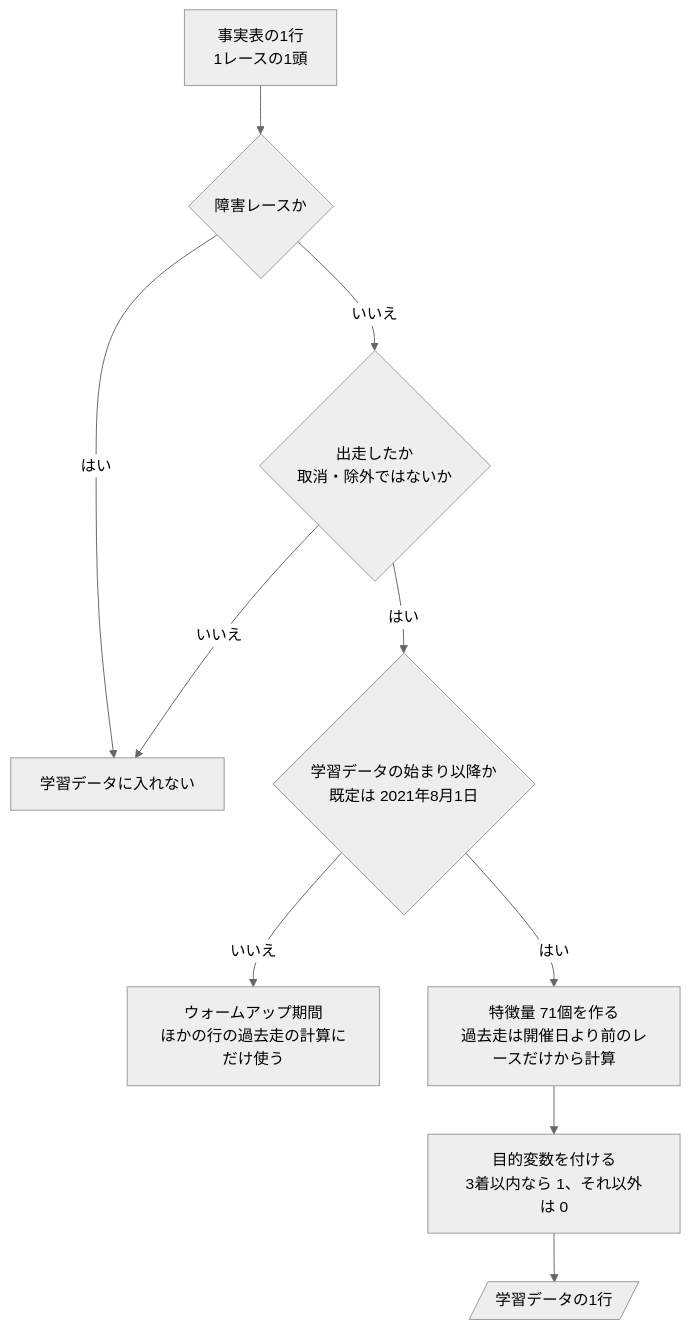
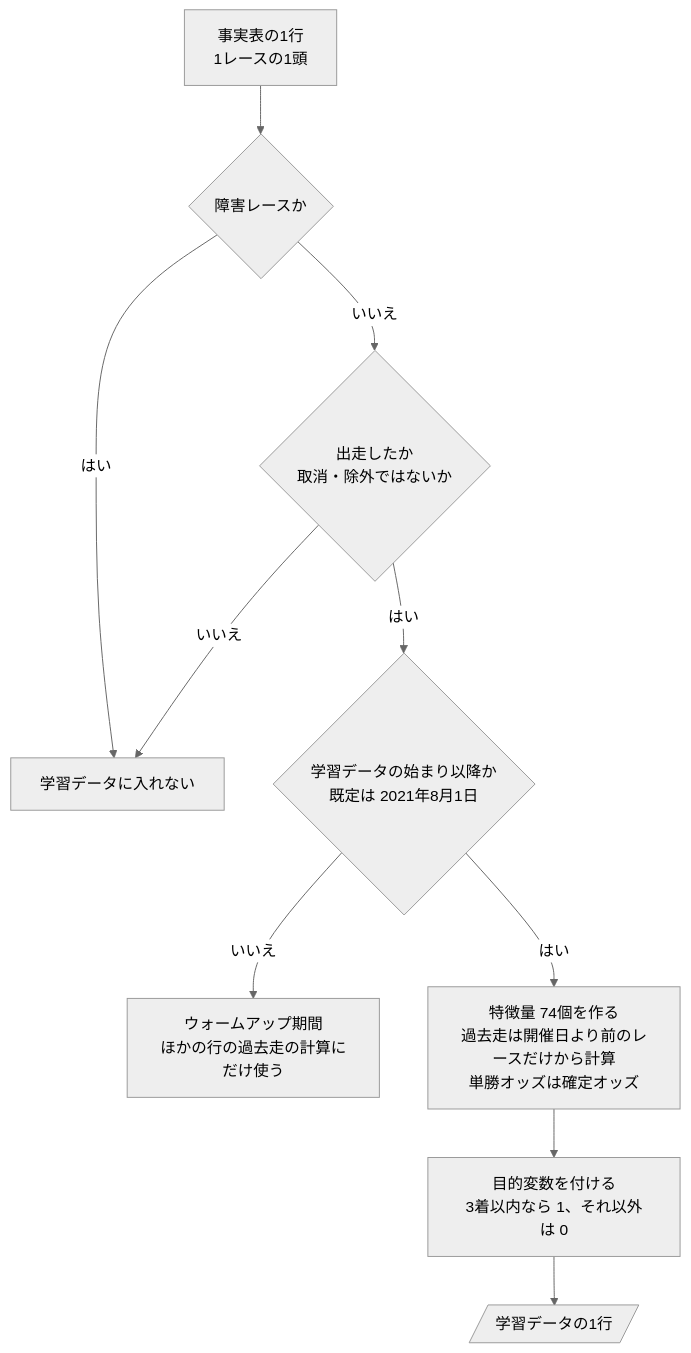
The first of 2 diagrams in docs/design/近走と適性から3着以内を予想/06-flowchart.md (ht-0328/keiba-yosou), drawn with Mermaid (neutral theme) before and after one commit. The commit also changed other lines of this file and 30 other files, not shown here.

````diff
--- a/docs/design/近走と適性から3着以内を予想/06-flowchart.md
+++ b/docs/design/近走と適性から3着以内を予想/06-flowchart.md
@@ -26,12 +26,12 @@
 ```mermaid
 flowchart TD
     S["事実表の1行<br>1レースの1頭"] --> Q1{"障害レースか"}
     Q1 -->|はい| X["学習データに入れない"]
     Q1 -->|いいえ| Q2{"出走したか<br>取消・除外ではないか"}
     Q2 -->|いいえ| X
     Q2 -->|はい| Q3{"学習データの始まり以降か<br>既定は 2021年8月1日"}
     Q3 -->|いいえ| W["ウォームアップ期間<br>ほかの行の過去走の計算にだけ使う"]
-    Q3 -->|はい| F["特徴量 71個を作る<br>過去走は開催日より前のレースだけから計算"]
+    Q3 -->|はい| F["特徴量 74個を作る<br>過去走は開催日より前のレースだけから計算<br>単勝オッズは確定オッズ"]
     F --> T["目的変数を付ける<br>3着以内なら 1、それ以外は 0"]
     T --> R[/"学習データの1行"/]
 ```
````
